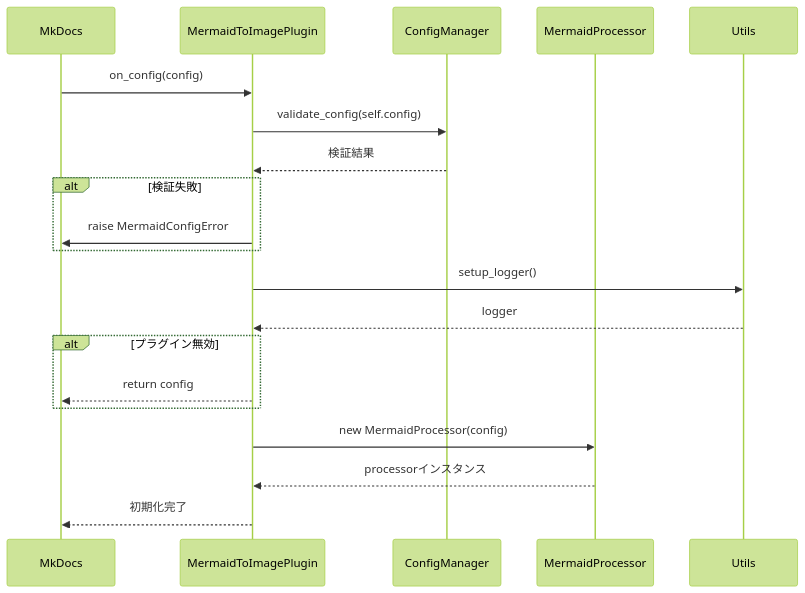
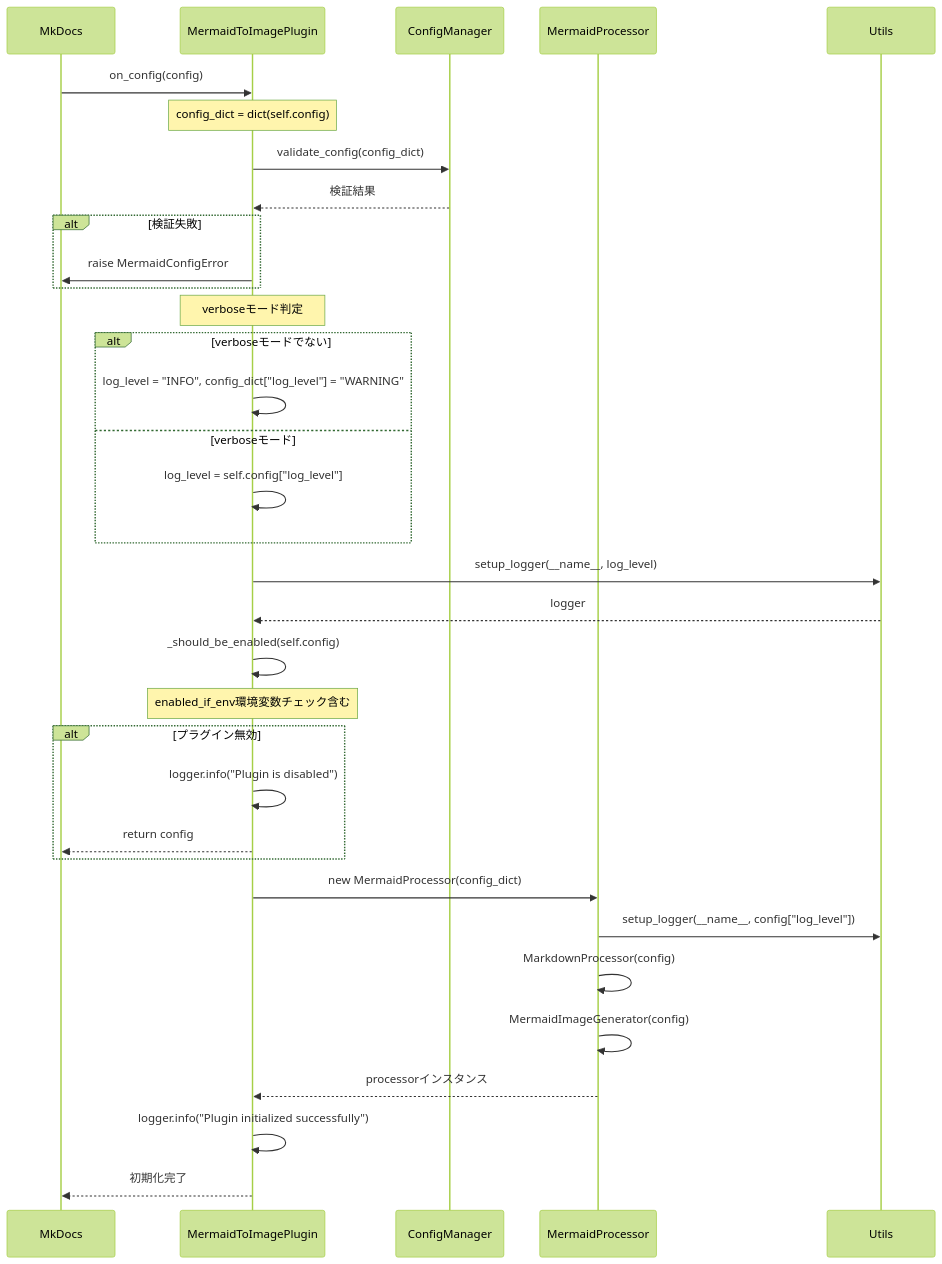
The third of 7 diagrams in docs/architecture.md (nuitsjp/mkdocs-mermaid-to-svg), drawn with Mermaid (forest theme) before and after one commit.

Commit message:
refactor: プラグイン初期化フローの設定検証とロギングを改善

````diff
--- a/docs/architecture.md
+++ b/docs/architecture.md
@@ -162,27 +162,43 @@
 ```mermaid
 sequenceDiagram
     participant MkDocs
     participant Plugin as MermaidToImagePlugin
     participant CfgMgr as ConfigManager
     participant Proc as MermaidProcessor
     participant Utils
 
     MkDocs->>Plugin: on_config(config)
-    Plugin->>CfgMgr: validate_config(self.config)
+    
+    Note over Plugin: config_dict = dict(self.config)
+    Plugin->>CfgMgr: validate_config(config_dict)
     CfgMgr-->>Plugin: 検証結果
     alt 検証失敗
         Plugin->>MkDocs: raise MermaidConfigError
     end
 
-    Plugin->>Utils: setup_logger()
+    Note over Plugin: verboseモード判定
+    alt verboseモードでない
+        Plugin->>Plugin: log_level = "INFO", config_dict["log_level"] = "WARNING"
+    else verboseモード
+        Plugin->>Plugin: log_level = self.config["log_level"]
+    end
+
+    Plugin->>Utils: setup_logger(__name__, log_level)
     Utils-->>Plugin: logger
 
+    Plugin->>Plugin: _should_be_enabled(self.config)
+    Note over Plugin: enabled_if_env環境変数チェック含む
     alt プラグイン無効
+        Plugin->>Plugin: logger.info("Plugin is disabled")
         Plugin-->>MkDocs: return config
     end
 
-    Plugin->>Proc: new MermaidProcessor(config)
+    Plugin->>Proc: new MermaidProcessor(config_dict)
+    Proc->>Utils: setup_logger(__name__, config["log_level"])
+    Proc->>Proc: MarkdownProcessor(config)
+    Proc->>Proc: MermaidImageGenerator(config)
     Proc-->>Plugin: processorインスタンス
 
+    Plugin->>Plugin: logger.info("Plugin initialized successfully")
     Plugin-->>MkDocs: 初期化完了
 ```
````
